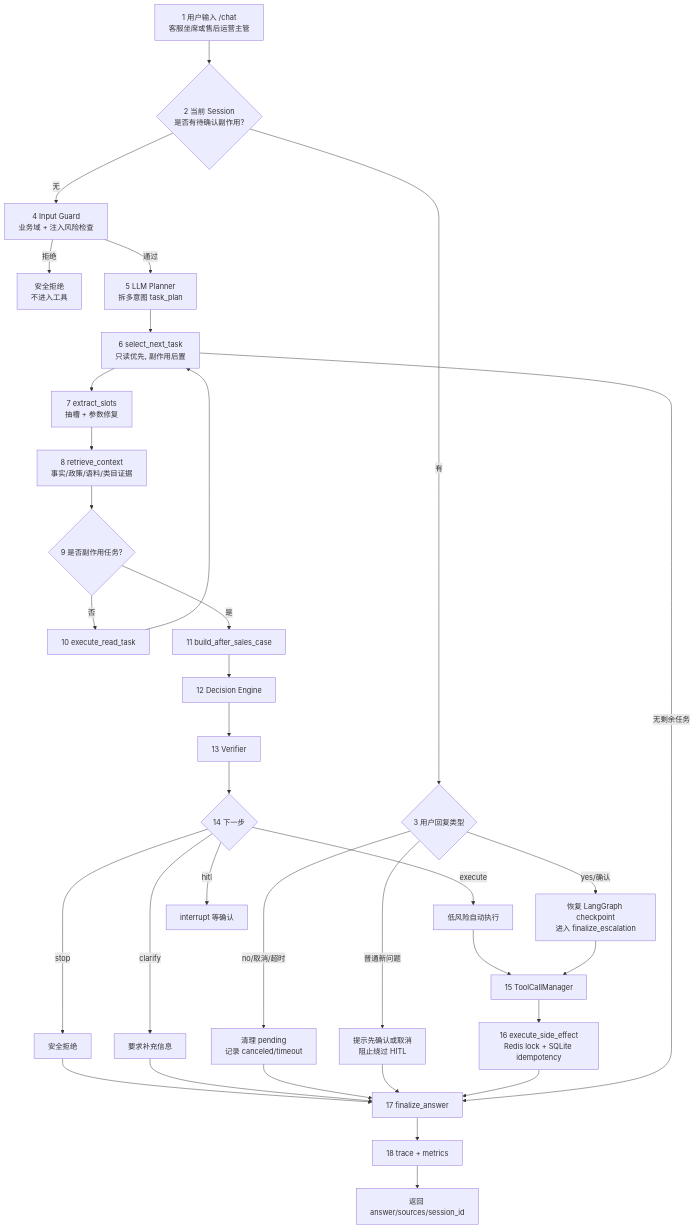
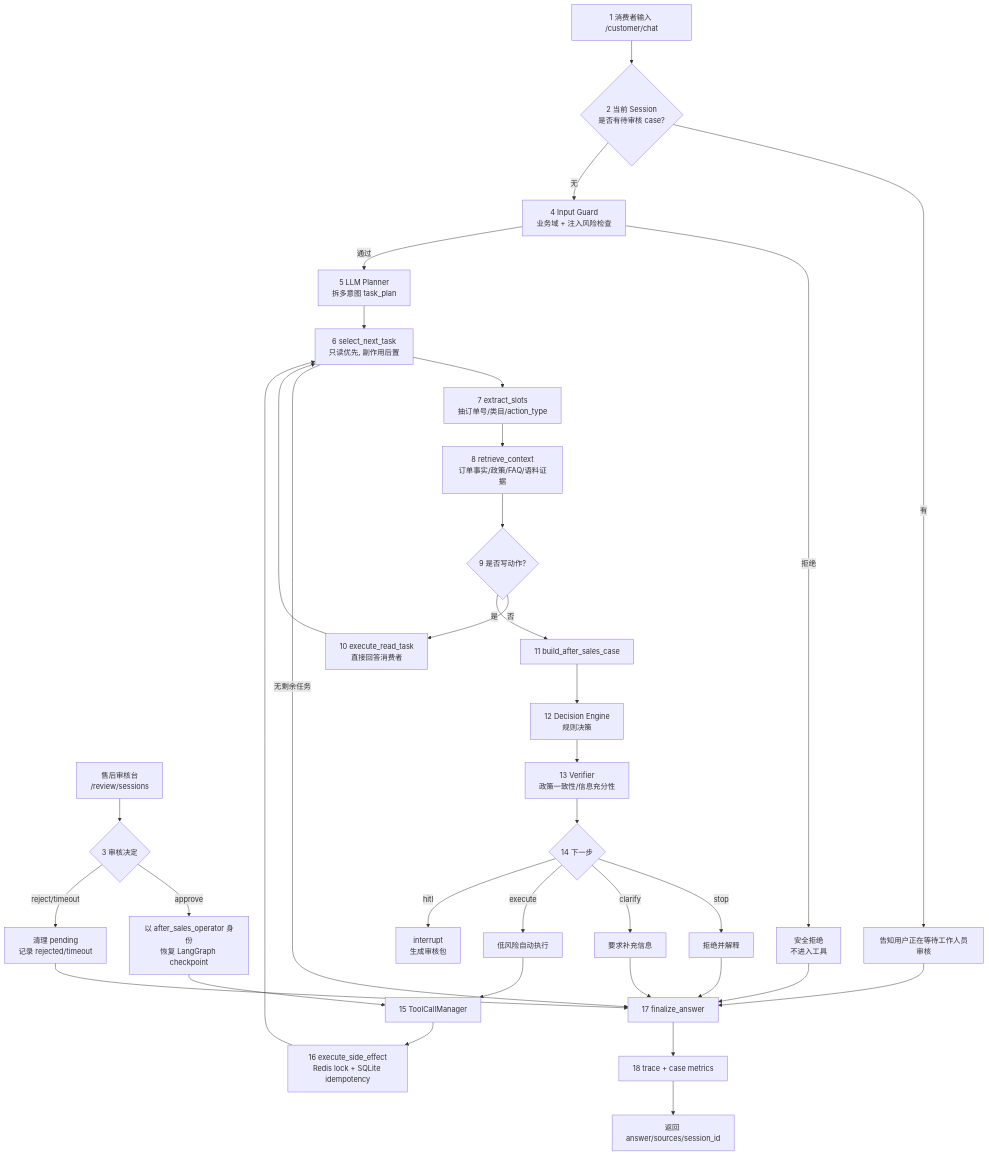
Before and after one commit to bigfish-emily/commerce-support-agent: the first of 6 diagrams in docs/ARCHITECTURE_DIAGRAMS.md, drawn with Mermaid. The commit also changed other lines of this file and 49 other files, not shown here.

Commit message:
refine self-service support agent flow

````diff
--- a/docs/ARCHITECTURE_DIAGRAMS.md
+++ b/docs/ARCHITECTURE_DIAGRAMS.md
@@ -9,36 +9,37 @@
 ```mermaid
 flowchart TD
-    A[1 用户输入 /chat<br/>客服坐席或售后运营主管] --> B{2 当前 Session<br/>是否有待确认副作用?}
-    B -- 有 --> C{3 用户回复类型}
-    C -- yes/确认 --> D[恢复 LangGraph checkpoint<br/>进入 finalize_escalation]
-    C -- no/取消/超时 --> E[清理 pending<br/>记录 canceled/timeout]
-    C -- 普通新问题 --> F[提示先确认或取消<br/>阻止绕过 HITL]
+    A[1 消费者输入 /customer/chat] --> B{2 当前 Session<br/>是否有待审核 case?}
+    Staff[售后审核台<br/>/review/sessions] --> C{3 审核决定}
+    B -- 有 --> F[告知用户正在等待工作人员审核]
+    C -- approve --> D[以 after_sales_operator 身份<br/>恢复 LangGraph checkpoint]
+    C -- reject/timeout --> E[清理 pending<br/>记录 rejected/timeout]
     B -- 无 --> G[4 Input Guard<br/>业务域 + 注入风险检查]
     G -- 拒绝 --> H[安全拒绝<br/>不进入工具]
     G -- 通过 --> I[5 LLM Planner<br/>拆多意图 task_plan]
     I --> J[6 select_next_task<br/>只读优先, 副作用后置]
-    J --> K[7 extract_slots<br/>抽槽 + 参数修复]
-    K --> L[8 retrieve_context<br/>事实/政策/语料/类目证据]
-    L --> M{9 是否副作用任务?}
-    M -- 否 --> N[10 execute_read_task]
+    J --> K[7 extract_slots<br/>抽订单号/类目/action_type]
+    K --> L[8 retrieve_context<br/>订单事实/政策/FAQ/语料证据]
+    L --> M{9 是否写动作?}
+    M -- 否 --> N[10 execute_read_task<br/>直接回答消费者]
     N --> J
     M -- 是 --> O[11 build_after_sales_case]
-    O --> P[12 Decision Engine]
-    P --> Q[13 Verifier]
+    O --> P[12 Decision Engine<br/>规则决策]
+    P --> Q[13 Verifier<br/>政策一致性/信息充分性]
     Q --> R{14 下一步}
-    R -- stop --> S[安全拒绝]
+    R -- stop --> S[拒绝并解释]
     R -- clarify --> T[要求补充信息]
     R -- execute --> U[低风险自动执行]
-    R -- hitl --> V[interrupt 等确认]
+    R -- hitl --> V[interrupt<br/>生成审核包]
     U --> W[15 ToolCallManager]
     D --> W
     W --> Y[16 execute_side_effect<br/>Redis lock + SQLite idempotency]
     S --> Z[17 finalize_answer]
     T --> Z
     E --> Z
     F --> Z
-    Y --> Z
+    H --> Z
+    Y --> J
     J -- 无剩余任务 --> Z
-    Z --> AA[18 trace + metrics]
+    Z --> AA[18 trace + case metrics]
     AA --> AB[返回 answer/sources/session_id]
 ```
````
